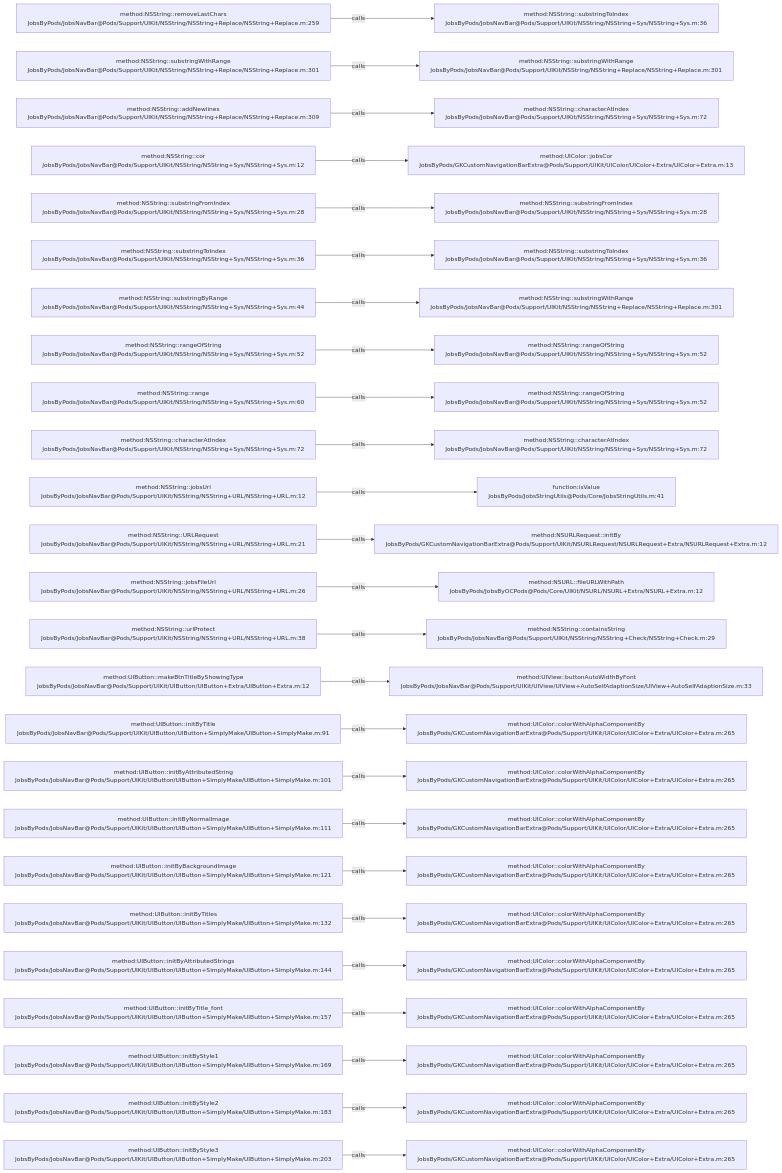
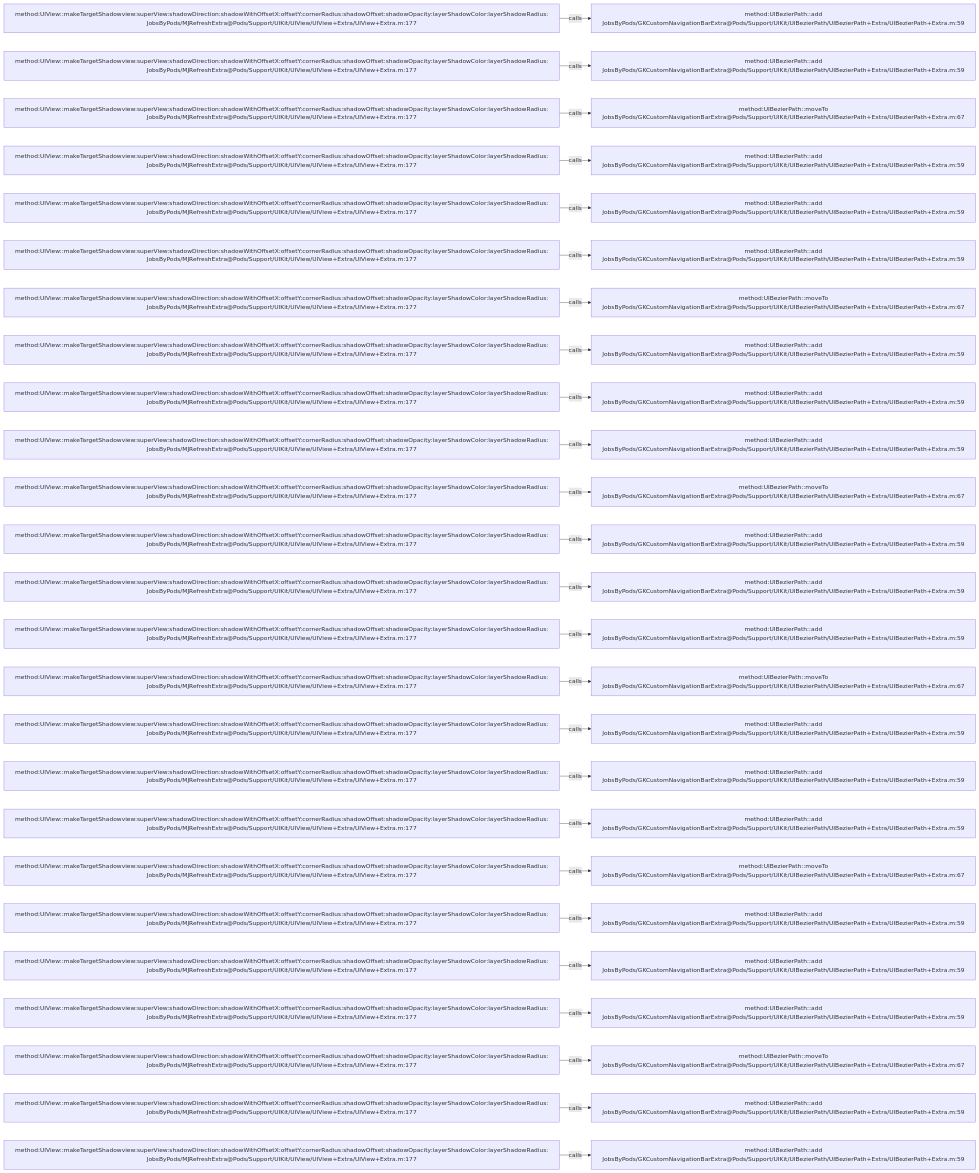
One commit to JobsKits/JobsOCBaseConfigDemo changed the diagram in .codegraph/codegraph.md/graphs/calls-116.md. Above: the diagram before and after it, drawn with Mermaid. The commit also changed 573 other files, not shown here.

````diff
--- a/.codegraph/codegraph.md/graphs/calls-116.md
+++ b/.codegraph/codegraph.md/graphs/calls-116.md
@@ -13,78 +13,78 @@
 ```mermaid
 flowchart LR
-  S1["method:NSString::removeLastChars<br/>JobsByPods/JobsNavBar@Pods/Support/UIKit/NSString/NSString+Replace/NSString+Replace.m:259"]
-  T1["method:NSString::substringToIndex<br/>JobsByPods/JobsNavBar@Pods/Support/UIKit/NSString/NSString+Sys/NSString+Sys.m:36"]
+  S1["method:UIView::makeTargetShadowview:superView:shadowDirection:shadowWithOffsetX:offsetY:cornerRadius:shadowOffset:shadowOpacity:layerShadowColor:layerShadowRadius:<br/>JobsByPods/MJRefreshExtra@Pods/Support/UIKit/UIView/UIView+Extra/UIView+Extra.m:177"]
+  T1["method:UIBezierPath::add<br/>JobsByPods/GKCustomNavigationBarExtra@Pods/Support/UIKit/UIBezierPath/UIBezierPath+Extra/UIBezierPath+Extra.m:59"]
   S1 -->|calls| T1
-  S2["method:NSString::substringWithRange<br/>JobsByPods/JobsNavBar@Pods/Support/UIKit/NSString/NSString+Replace/NSString+Replace.m:301"]
-  T2["method:NSString::substringWithRange<br/>JobsByPods/JobsNavBar@Pods/Support/UIKit/NSString/NSString+Replace/NSString+Replace.m:301"]
+  S2["method:UIView::makeTargetShadowview:superView:shadowDirection:shadowWithOffsetX:offsetY:cornerRadius:shadowOffset:shadowOpacity:layerShadowColor:layerShadowRadius:<br/>JobsByPods/MJRefreshExtra@Pods/Support/UIKit/UIView/UIView+Extra/UIView+Extra.m:177"]
+  T2["method:UIBezierPath::add<br/>JobsByPods/GKCustomNavigationBarExtra@Pods/Support/UIKit/UIBezierPath/UIBezierPath+Extra/UIBezierPath+Extra.m:59"]
   S2 -->|calls| T2
-  S3["method:NSString::addNewlines<br/>JobsByPods/JobsNavBar@Pods/Support/UIKit/NSString/NSString+Replace/NSString+Replace.m:309"]
-  T3["method:NSString::characterAtIndex<br/>JobsByPods/JobsNavBar@Pods/Support/UIKit/NSString/NSString+Sys/NSString+Sys.m:72"]
+  S3["method:UIView::makeTargetShadowview:superView:shadowDirection:shadowWithOffsetX:offsetY:cornerRadius:shadowOffset:shadowOpacity:layerShadowColor:layerShadowRadius:<br/>JobsByPods/MJRefreshExtra@Pods/Support/UIKit/UIView/UIView+Extra/UIView+Extra.m:177"]
+  T3["method:UIBezierPath::moveTo<br/>JobsByPods/GKCustomNavigationBarExtra@Pods/Support/UIKit/UIBezierPath/UIBezierPath+Extra/UIBezierPath+Extra.m:67"]
   S3 -->|calls| T3
-  S4["method:NSString::cor<br/>JobsByPods/JobsNavBar@Pods/Support/UIKit/NSString/NSString+Sys/NSString+Sys.m:12"]
-  T4["method:UIColor::jobsCor<br/>JobsByPods/GKCustomNavigationBarExtra@Pods/Support/UIKit/UIColor/UIColor+Extra/UIColor+Extra.m:13"]
+  S4["method:UIView::makeTargetShadowview:superView:shadowDirection:shadowWithOffsetX:offsetY:cornerRadius:shadowOffset:shadowOpacity:layerShadowColor:layerShadowRadius:<br/>JobsByPods/MJRefreshExtra@Pods/Support/UIKit/UIView/UIView+Extra/UIView+Extra.m:177"]
+  T4["method:UIBezierPath::add<br/>JobsByPods/GKCustomNavigationBarExtra@Pods/Support/UIKit/UIBezierPath/UIBezierPath+Extra/UIBezierPath+Extra.m:59"]
   S4 -->|calls| T4
-  S5["method:NSString::substringFromIndex<br/>JobsByPods/JobsNavBar@Pods/Support/UIKit/NSString/NSString+Sys/NSString+Sys.m:28"]
-  T5["method:NSString::substringFromIndex<br/>JobsByPods/JobsNavBar@Pods/Support/UIKit/NSString/NSString+Sys/NSString+Sys.m:28"]
+  S5["method:UIView::makeTargetShadowview:superView:shadowDirection:shadowWithOffsetX:offsetY:cornerRadius:shadowOffset:shadowOpacity:layerShadowColor:layerShadowRadius:<br/>JobsByPods/MJRefreshExtra@Pods/Support/UIKit/UIView/UIView+Extra/UIView+Extra.m:177"]
+  T5["method:UIBezierPath::add<br/>JobsByPods/GKCustomNavigationBarExtra@Pods/Support/UIKit/UIBezierPath/UIBezierPath+Extra/UIBezierPath+Extra.m:59"]
   S5 -->|calls| T5
-  S6["method:NSString::substringToIndex<br/>JobsByPods/JobsNavBar@Pods/Support/UIKit/NSString/NSString+Sys/NSString+Sys.m:36"]
-  T6["method:NSString::substringToIndex<br/>JobsByPods/JobsNavBar@Pods/Support/UIKit/NSString/NSString+Sys/NSString+Sys.m:36"]
+  S6["method:UIView::makeTargetShadowview:superView:shadowDirection:shadowWithOffsetX:offsetY:cornerRadius:shadowOffset:shadowOpacity:layerShadowColor:layerShadowRadius:<br/>JobsByPods/MJRefreshExtra@Pods/Support/UIKit/UIView/UIView+Extra/UIView+Extra.m:177"]
+  T6["method:UIBezierPath::add<br/>JobsByPods/GKCustomNavigationBarExtra@Pods/Support/UIKit/UIBezierPath/UIBezierPath+Extra/UIBezierPath+Extra.m:59"]
   S6 -->|calls| T6
-  S7["method:NSString::substringByRange<br/>JobsByPods/JobsNavBar@Pods/Support/UIKit/NSString/NSString+Sys/NSString+Sys.m:44"]
-  T7["method:NSString::substringWithRange<br/>JobsByPods/JobsNavBar@Pods/Support/UIKit/NSString/NSString+Replace/NSString+Replace.m:301"]
+  S7["method:UIView::makeTargetShadowview:superView:shadowDirection:shadowWithOffsetX:offsetY:cornerRadius:shadowOffset:shadowOpacity:layerShadowColor:layerShadowRadius:<br/>JobsByPods/MJRefreshExtra@Pods/Support/UIKit/UIView/UIView+Extra/UIView+Extra.m:177"]
+  T7["method:UIBezierPath::moveTo<br/>JobsByPods/GKCustomNavigationBarExtra@Pods/Support/UIKit/UIBezierPath/UIBezierPath+Extra/UIBezierPath+Extra.m:67"]
   S7 -->|calls| T7
-  S8["method:NSString::rangeOfString<br/>JobsByPods/JobsNavBar@Pods/Support/UIKit/NSString/NSString+Sys/NSString+Sys.m:52"]
-  T8["method:NSString::rangeOfString<br/>JobsByPods/JobsNavBar@Pods/Support/UIKit/NSString/NSString+Sys/NSString+Sys.m:52"]
+  S8["method:UIView::makeTargetShadowview:superView:shadowDirection:shadowWithOffsetX:offsetY:cornerRadius:shadowOffset:shadowOpacity:layerShadowColor:layerShadowRadius:<br/>JobsByPods/MJRefreshExtra@Pods/Support/UIKit/UIView/UIView+Extra/UIView+Extra.m:177"]
+  T8["method:UIBezierPath::add<br/>JobsByPods/GKCustomNavigationBarExtra@Pods/Support/UIKit/UIBezierPath/UIBezierPath+Extra/UIBezierPath+Extra.m:59"]
   S8 -->|calls| T8
-  S9["method:NSString::range<br/>JobsByPods/JobsNavBar@Pods/Support/UIKit/NSString/NSString+Sys/NSString+Sys.m:60"]
-  T9["method:NSString::rangeOfString<br/>JobsByPods/JobsNavBar@Pods/Support/UIKit/NSString/NSString+Sys/NSString+Sys.m:52"]
+  S9["method:UIView::makeTargetShadowview:superView:shadowDirection:shadowWithOffsetX:offsetY:cornerRadius:shadowOffset:shadowOpacity:layerShadowColor:layerShadowRadius:<br/>JobsByPods/MJRefreshExtra@Pods/Support/UIKit/UIView/UIView+Extra/UIView+Extra.m:177"]
+  T9["method:UIBezierPath::add<br/>JobsByPods/GKCustomNavigationBarExtra@Pods/Support/UIKit/UIBezierPath/UIBezierPath+Extra/UIBezierPath+Extra.m:59"]
   S9 -->|calls| T9
-  S10["method:NSString::characterAtIndex<br/>JobsByPods/JobsNavBar@Pods/Support/UIKit/NSString/NSString+Sys/NSString+Sys.m:72"]
-  T10["method:NSString::characterAtIndex<br/>JobsByPods/JobsNavBar@Pods/Support/UIKit/NSString/NSString+Sys/NSString+Sys.m:72"]
+  S10["method:UIView::makeTargetShadowview:superView:shadowDirection:shadowWithOffsetX:offsetY:cornerRadius:shadowOffset:shadowOpacity:layerShadowColor:layerShadowRadius:<br/>JobsByPods/MJRefreshExtra@Pods/Support/UIKit/UIView/UIView+Extra/UIView+Extra.m:177"]
+  T10["method:UIBezierPath::add<br/>JobsByPods/GKCustomNavigationBarExtra@Pods/Support/UIKit/UIBezierPath/UIBezierPath+Extra/UIBezierPath+Extra.m:59"]
   S10 -->|calls| T10
-  S11["method:NSString::jobsUrl<br/>JobsByPods/JobsNavBar@Pods/Support/UIKit/NSString/NSString+URL/NSString+URL.m:12"]
-  T11["function:isValue<br/>JobsByPods/JobsStringUtils@Pods/Core/JobsStringUtils.m:41"]
+  S11["method:UIView::makeTargetShadowview:superView:shadowDirection:shadowWithOffsetX:offsetY:cornerRadius:shadowOffset:shadowOpacity:layerShadowColor:layerShadowRadius:<br/>JobsByPods/MJRefreshExtra@Pods/Support/UIKit/UIView/UIView+Extra/UIView+Extra.m:177"]
+  T11["method:UIBezierPath::moveTo<br/>JobsByPods/GKCustomNavigationBarExtra@Pods/Support/UIKit/UIBezierPath/UIBezierPath+Extra/UIBezierPath+Extra.m:67"]
   S11 -->|calls| T11
-  S12["method:NSString::URLRequest<br/>JobsByPods/JobsNavBar@Pods/Support/UIKit/NSString/NSString+URL/NSString+URL.m:21"]
-  T12["method:NSURLRequest::initBy<br/>JobsByPods/GKCustomNavigationBarExtra@Pods/Support/UIKit/NSURLRequest/NSURLRequest+Extra/NSURLRequest+Extra.m:12"]
+  S12["method:UIView::makeTargetShadowview:superView:shadowDirection:shadowWithOffsetX:offsetY:cornerRadius:shadowOffset:shadowOpacity:layerShadowColor:layerShadowRadius:<br/>JobsByPods/MJRefreshExtra@Pods/Support/UIKit/UIView/UIView+Extra/UIView+Extra.m:177"]
+  T12["method:UIBezierPath::add<br/>JobsByPods/GKCustomNavigationBarExtra@Pods/Support/UIKit/UIBezierPath/UIBezierPath+Extra/UIBezierPath+Extra.m:59"]
   S12 -->|calls| T12
-  S13["method:NSString::jobsFileUrl<br/>JobsByPods/JobsNavBar@Pods/Support/UIKit/NSString/NSString+URL/NSString+URL.m:26"]
-  T13["method:NSURL::fileURLWithPath<br/>JobsByPods/JobsByOCPods@Pods/Core/UIKit/NSURL/NSURL+Extra/NSURL+Extra.m:12"]
+  S13["method:UIView::makeTargetShadowview:superView:shadowDirection:shadowWithOffsetX:offsetY:cornerRadius:shadowOffset:shadowOpacity:layerShadowColor:layerShadowRadius:<br/>JobsByPods/MJRefreshExtra@Pods/Support/UIKit/UIView/UIView+Extra/UIView+Extra.m:177"]
+  T13["method:UIBezierPath::add<br/>JobsByPods/GKCustomNavigationBarExtra@Pods/Support/UIKit/UIBezierPath/UIBezierPath+Extra/UIBezierPath+Extra.m:59"]
   S13 -->|calls| T13
-  S14["method:NSString::urlProtect<br/>JobsByPods/JobsNavBar@Pods/Support/UIKit/NSString/NSString+URL/NSString+URL.m:38"]
-  T14["method:NSString::containsString<br/>JobsByPods/JobsNavBar@Pods/Support/UIKit/NSString/NSString+Check/NSString+Check.m:29"]
+  S14["method:UIView::makeTargetShadowview:superView:shadowDirection:shadowWithOffsetX:offsetY:cornerRadius:shadowOffset:shadowOpacity:layerShadowColor:layerShadowRadius:<br/>JobsByPods/MJRefreshExtra@Pods/Support/UIKit/UIView/UIView+Extra/UIView+Extra.m:177"]
+  T14["method:UIBezierPath::add<br/>JobsByPods/GKCustomNavigationBarExtra@Pods/Support/UIKit/UIBezierPath/UIBezierPath+Extra/UIBezierPath+Extra.m:59"]
   S14 -->|calls| T14
-  S15["method:UIButton::makeBtnTitleByShowingType<br/>JobsByPods/JobsNavBar@Pods/Support/UIKit/UIButton/UIButton+Extra/UIButton+Extra.m:12"]
-  T15["method:UIView::buttonAutoWidthByFont<br/>JobsByPods/JobsNavBar@Pods/Support/UIKit/UIView/UIView+AutoSelfAdaptionSize/UIView+AutoSelfAdaptionSize.m:33"]
+  S15["method:UIView::makeTargetShadowview:superView:shadowDirection:shadowWithOffsetX:offsetY:cornerRadius:shadowOffset:shadowOpacity:layerShadowColor:layerShadowRadius:<br/>JobsByPods/MJRefreshExtra@Pods/Support/UIKit/UIView/UIView+Extra/UIView+Extra.m:177"]
+  T15["method:UIBezierPath::moveTo<br/>JobsByPods/GKCustomNavigationBarExtra@Pods/Support/UIKit/UIBezierPath/UIBezierPath+Extra/UIBezierPath+Extra.m:67"]
   S15 -->|calls| T15
-  S16["method:UIButton::initByTitle<br/>JobsByPods/JobsNavBar@Pods/Support/UIKit/UIButton/UIButton+SimplyMake/UIButton+SimplyMake.m:91"]
-  T16["method:UIColor::colorWithAlphaComponentBy<br/>JobsByPods/GKCustomNavigationBarExtra@Pods/Support/UIKit/UIColor/UIColor+Extra/UIColor+Extra.m:265"]
+  S16["method:UIView::makeTargetShadowview:superView:shadowDirection:shadowWithOffsetX:offsetY:cornerRadius:shadowOffset:shadowOpacity:layerShadowColor:layerShadowRadius:<br/>JobsByPods/MJRefreshExtra@Pods/Support/UIKit/UIView/UIView+Extra/UIView+Extra.m:177"]
+  T16["method:UIBezierPath::add<br/>JobsByPods/GKCustomNavigationBarExtra@Pods/Support/UIKit/UIBezierPath/UIBezierPath+Extra/UIBezierPath+Extra.m:59"]
   S16 -->|calls| T16
-  S17["method:UIButton::initByAttributedString<br/>JobsByPods/JobsNavBar@Pods/Support/UIKit/UIButton/UIButton+SimplyMake/UIButton+SimplyMake.m:101"]
-  T17["method:UIColor::colorWithAlphaComponentBy<br/>JobsByPods/GKCustomNavigationBarExtra@Pods/Support/UIKit/UIColor/UIColor+Extra/UIColor+Extra.m:265"]
+  S17["method:UIView::makeTargetShadowview:superView:shadowDirection:shadowWithOffsetX:offsetY:cornerRadius:shadowOffset:shadowOpacity:layerShadowColor:layerShadowRadius:<br/>JobsByPods/MJRefreshExtra@Pods/Support/UIKit/UIView/UIView+Extra/UIView+Extra.m:177"]
+  T17["method:UIBezierPath::add<br/>JobsByPods/GKCustomNavigationBarExtra@Pods/Support/UIKit/UIBezierPath/UIBezierPath+Extra/UIBezierPath+Extra.m:59"]
   S17 -->|calls| T17
-  S18["method:UIButton::initByNormalImage<br/>JobsByPods/JobsNavBar@Pods/Support/UIKit/UIButton/UIButton+SimplyMake/UIButton+SimplyMake.m:111"]
-  T18["method:UIColor::colorWithAlphaComponentBy<br/>JobsByPods/GKCustomNavigationBarExtra@Pods/Support/UIKit/UIColor/UIColor+Extra/UIColor+Extra.m:265"]
+  S18["method:UIView::makeTargetShadowview:superView:shadowDirection:shadowWithOffsetX:offsetY:cornerRadius:shadowOffset:shadowOpacity:layerShadowColor:layerShadowRadius:<br/>JobsByPods/MJRefreshExtra@Pods/Support/UIKit/UIView/UIView+Extra/UIView+Extra.m:177"]
+  T18["method:UIBezierPath::add<br/>JobsByPods/GKCustomNavigationBarExtra@Pods/Support/UIKit/UIBezierPath/UIBezierPath+Extra/UIBezierPath+Extra.m:59"]
   S18 -->|calls| T18
-  S19["method:UIButton::initByBackgroundImage<br/>JobsByPods/JobsNavBar@Pods/Support/UIKit/UIButton/UIButton+SimplyMake/UIButton+SimplyMake.m:121"]
-  T19["method:UIColor::colorWithAlphaComponentBy<br/>JobsByPods/GKCustomNavigationBarExtra@Pods/Support/UIKit/UIColor/UIColor+Extra/UIColor+Extra.m:265"]
+  S19["method:UIView::makeTargetShadowview:superView:shadowDirection:shadowWithOffsetX:offsetY:cornerRadius:shadowOffset:shadowOpacity:layerShadowColor:layerShadowRadius:<br/>JobsByPods/MJRefreshExtra@Pods/Support/UIKit/UIView/UIView+Extra/UIView+Extra.m:177"]
+  T19["method:UIBezierPath::moveTo<br/>JobsByPods/GKCustomNavigationBarExtra@Pods/Support/UIKit/UIBezierPath/UIBezierPath+Extra/UIBezierPath+Extra.m:67"]
   S19 -->|calls| T19
-  S20["method:UIButton::initByTitles<br/>JobsByPods/JobsNavBar@Pods/Support/UIKit/UIButton/UIButton+SimplyMake/UIButton+SimplyMake.m:132"]
-  T20["method:UIColor::colorWithAlphaComponentBy<br/>JobsByPods/GKCustomNavigationBarExtra@Pods/Support/UIKit/UIColor/UIColor+Extra/UIColor+Extra.m:265"]
+  S20["method:UIView::makeTargetShadowview:superView:shadowDirection:shadowWithOffsetX:offsetY:cornerRadius:shadowOffset:shadowOpacity:layerShadowColor:layerShadowRadius:<br/>JobsByPods/MJRefreshExtra@Pods/Support/UIKit/UIView/UIView+Extra/UIView+Extra.m:177"]
+  T20["method:UIBezierPath::add<br/>JobsByPods/GKCustomNavigationBarExtra@Pods/Support/UIKit/UIBezierPath/UIBezierPath+Extra/UIBezierPath+Extra.m:59"]
   S20 -->|calls| T20
-  S21["method:UIButton::initByAttributedStrings<br/>JobsByPods/JobsNavBar@Pods/Support/UIKit/UIButton/UIButton+SimplyMake/UIButton+SimplyMake.m:144"]
-  T21["method:UIColor::colorWithAlphaComponentBy<br/>JobsByPods/GKCustomNavigationBarExtra@Pods/Support/UIKit/UIColor/UIColor+Extra/UIColor+Extra.m:265"]
+  S21["method:UIView::makeTargetShadowview:superView:shadowDirection:shadowWithOffsetX:offsetY:cornerRadius:shadowOffset:shadowOpacity:layerShadowColor:layerShadowRadius:<br/>JobsByPods/MJRefreshExtra@Pods/Support/UIKit/UIView/UIView+Extra/UIView+Extra.m:177"]
+  T21["method:UIBezierPath::add<br/>JobsByPods/GKCustomNavigationBarExtra@Pods/Support/UIKit/UIBezierPath/UIBezierPath+Extra/UIBezierPath+Extra.m:59"]
   S21 -->|calls| T21
-  S22["method:UIButton::initByTitle_font<br/>JobsByPods/JobsNavBar@Pods/Support/UIKit/UIButton/UIButton+SimplyMake/UIButton+SimplyMake.m:157"]
-  T22["method:UIColor::colorWithAlphaComponentBy<br/>JobsByPods/GKCustomNavigationBarExtra@Pods/Support/UIKit/UIColor/UIColor+Extra/UIColor+Extra.m:265"]
+  S22["method:UIView::makeTargetShadowview:superView:shadowDirection:shadowWithOffsetX:offsetY:cornerRadius:shadowOffset:shadowOpacity:layerShadowColor:layerShadowRadius:<br/>JobsByPods/MJRefreshExtra@Pods/Support/UIKit/UIView/UIView+Extra/UIView+Extra.m:177"]
+  T22["method:UIBezierPath::add<br/>JobsByPods/GKCustomNavigationBarExtra@Pods/Support/UIKit/UIBezierPath/UIBezierPath+Extra/UIBezierPath+Extra.m:59"]
   S22 -->|calls| T22
-  S23["method:UIButton::initByStyle1<br/>JobsByPods/JobsNavBar@Pods/Support/UIKit/UIButton/UIButton+SimplyMake/UIButton+SimplyMake.m:169"]
-  T23["method:UIColor::colorWithAlphaComponentBy<br/>JobsByPods/GKCustomNavigationBarExtra@Pods/Support/UIKit/UIColor/UIColor+Extra/UIColor+Extra.m:265"]
+  S23["method:UIView::makeTargetShadowview:superView:shadowDirection:shadowWithOffsetX:offsetY:cornerRadius:shadowOffset:shadowOpacity:layerShadowColor:layerShadowRadius:<br/>JobsByPods/MJRefreshExtra@Pods/Support/UIKit/UIView/UIView+Extra/UIView+Extra.m:177"]
+  T23["method:UIBezierPath::moveTo<br/>JobsByPods/GKCustomNavigationBarExtra@Pods/Support/UIKit/UIBezierPath/UIBezierPath+Extra/UIBezierPath+Extra.m:67"]
   S23 -->|calls| T23
-  S24["method:UIButton::initByStyle2<br/>JobsByPods/JobsNavBar@Pods/Support/UIKit/UIButton/UIButton+SimplyMake/UIButton+SimplyMake.m:183"]
-  T24["method:UIColor::colorWithAlphaComponentBy<br/>JobsByPods/GKCustomNavigationBarExtra@Pods/Support/UIKit/UIColor/UIColor+Extra/UIColor+Extra.m:265"]
+  S24["method:UIView::makeTargetShadowview:superView:shadowDirection:shadowWithOffsetX:offsetY:cornerRadius:shadowOffset:shadowOpacity:layerShadowColor:layerShadowRadius:<br/>JobsByPods/MJRefreshExtra@Pods/Support/UIKit/UIView/UIView+Extra/UIView+Extra.m:177"]
+  T24["method:UIBezierPath::add<br/>JobsByPods/GKCustomNavigationBarExtra@Pods/Support/UIKit/UIBezierPath/UIBezierPath+Extra/UIBezierPath+Extra.m:59"]
   S24 -->|calls| T24
-  S25["method:UIButton::initByStyle3<br/>JobsByPods/JobsNavBar@Pods/Support/UIKit/UIButton/UIButton+SimplyMake/UIButton+SimplyMake.m:203"]
-  T25["method:UIColor::colorWithAlphaComponentBy<br/>JobsByPods/GKCustomNavigationBarExtra@Pods/Support/UIKit/UIColor/UIColor+Extra/UIColor+Extra.m:265"]
+  S25["method:UIView::makeTargetShadowview:superView:shadowDirection:shadowWithOffsetX:offsetY:cornerRadius:shadowOffset:shadowOpacity:layerShadowColor:layerShadowRadius:<br/>JobsByPods/MJRefreshExtra@Pods/Support/UIKit/UIView/UIView+Extra/UIView+Extra.m:177"]
+  T25["method:UIBezierPath::add<br/>JobsByPods/GKCustomNavigationBarExtra@Pods/Support/UIKit/UIBezierPath/UIBezierPath+Extra/UIBezierPath+Extra.m:59"]
   S25 -->|calls| T25
 ```
````
